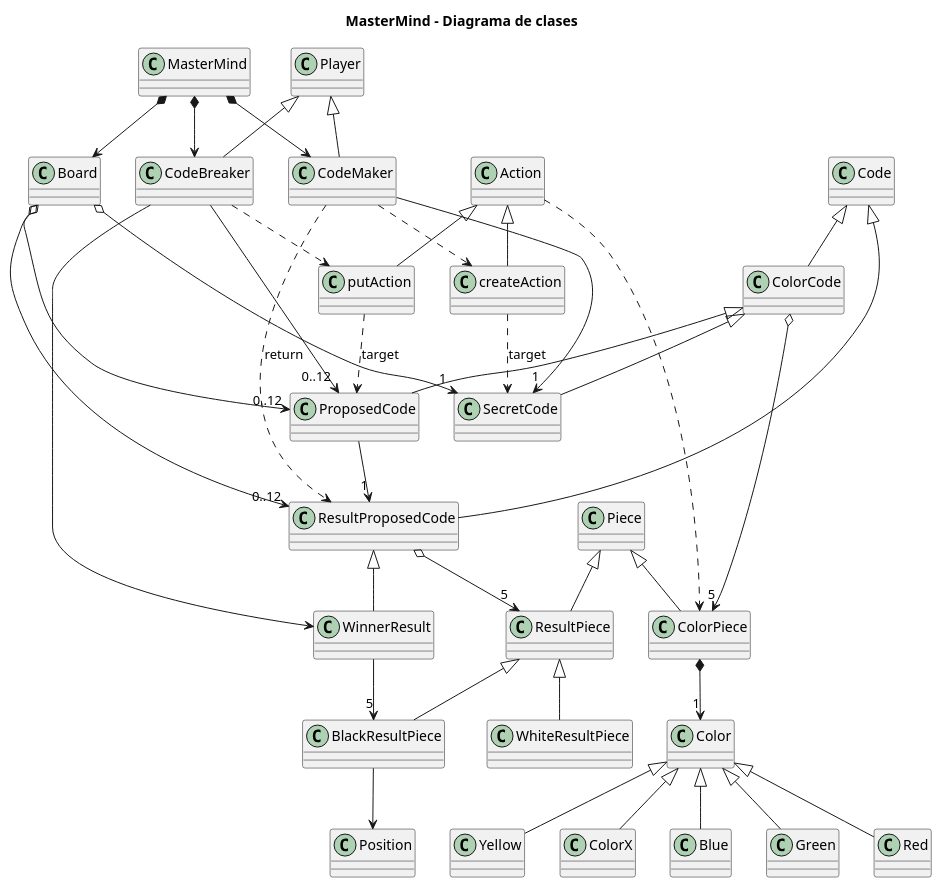
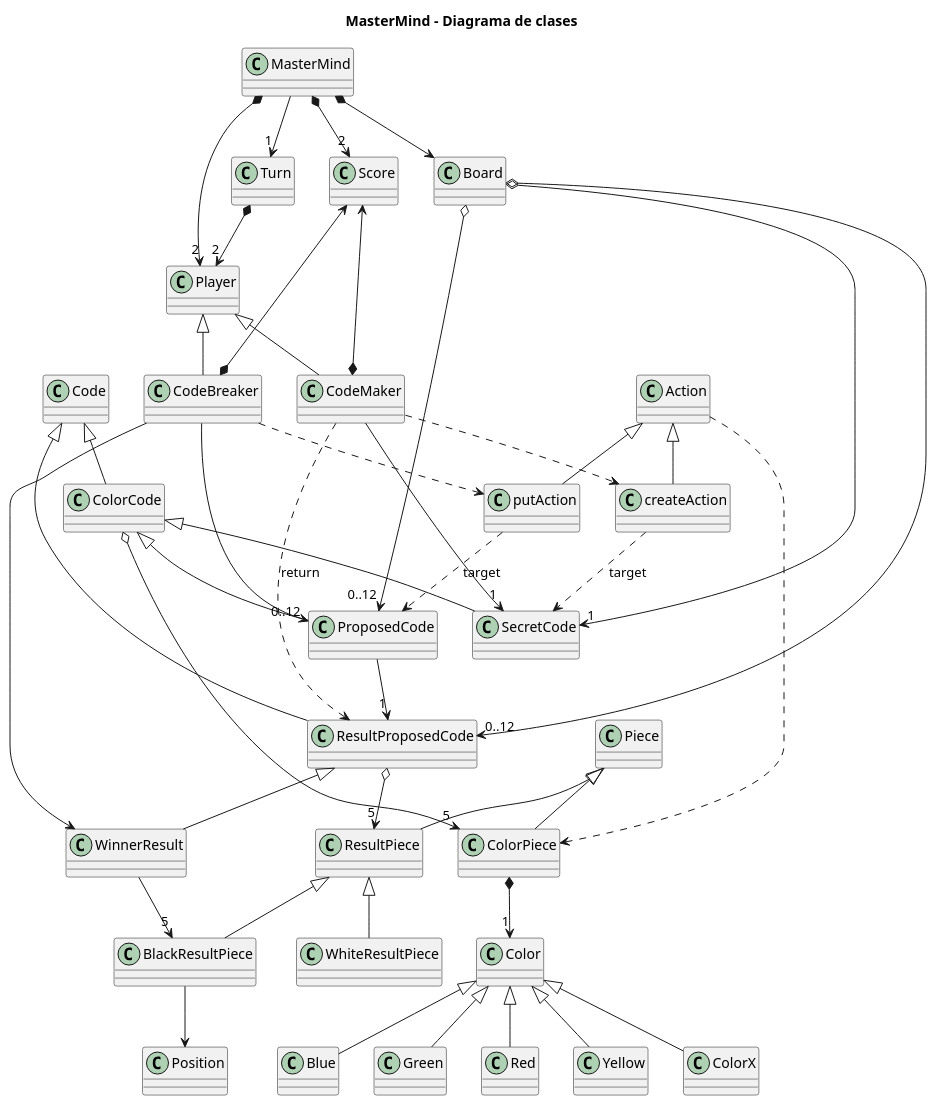
One commit to Master-Desarrollo-20-21/modelo-dominio-mastermind changed the diagram in plantuml/class.puml. Above: the diagram before and after it, drawn with PlantUML. The commit also changed 2 other files, not shown here.

```diff
--- a/plantuml/class.puml
+++ b/plantuml/class.puml
@@ -1,89 +1,100 @@
 @startuml MasterMind
 
 title MasterMind - Diagrama de clases
 
 class MasterMind
 
 together {
     class Board
+    class Turn
+    class Score
+}
+class Player
+
+together {
     class CodeMaker
     class CodeBreaker
+    class Code
 }
-class Player
 class Piece
 together {
     class ColorPiece
     class ResultPiece
 }
 
 together {
     class SecretCode
     class ProposedCode
     class ResultProposedCode
 }
 
 together {
     class putAction
     class createAction
 }
 
 class BlackResultPiece
 class WhiteResultPiece
 class WinnerResult
 class Color
-class Code
+
 class ColorCode
 class Position
 
 MasterMind *--> Board
-MasterMind *--> CodeMaker
-MasterMind *--> CodeBreaker
+MasterMind --> "1" Turn
+MasterMind *--> "2" Player
+MasterMind *--> "2" Score
+Turn *--> "2" Player
+
+Score <--* CodeMaker
+Score <--* CodeBreaker
 
 Code ^-- ColorCode
 Code ^-- ResultProposedCode
 ColorCode ^-- SecretCode
 ColorCode ^-- ProposedCode
 ColorCode o--> "5" ColorPiece
 
 Board o--> "1" SecretCode
 Board o--> "0..12" ProposedCode
 Board o--> "0..12" ResultProposedCode
 
 Player ^-- CodeMaker
 Player ^-- CodeBreaker
 CodeMaker --> "1" SecretCode
 CodeMaker ..> ResultProposedCode :"return"
-CodeBreaker --> "0..12" ProposedCode 
+CodeBreaker --> "0..12" ProposedCode
 ProposedCode --> "1" ResultProposedCode
 
 ResultProposedCode o--> "5" ResultPiece
 ResultProposedCode ^-- WinnerResult
 CodeBreaker --> WinnerResult
 WinnerResult --> "5" BlackResultPiece
 
 Piece ^-- ColorPiece
 Piece ^-- ResultPiece
 
 ColorPiece *--> "1" Color
 Color ^-- Blue
 Color ^-- Green
 Color ^-- Red
 Color ^-- Yellow
 Color ^-- ColorX
 
 ResultPiece ^-- BlackResultPiece
 ResultPiece ^-- WhiteResultPiece
 BlackResultPiece --> Position
 
-CodeBreaker ..> putAction 
+CodeBreaker ..> putAction
 putAction ..> ProposedCode : target
 
 CodeMaker ..> createAction
 createAction ..> SecretCode : target
 
 Action ^-- createAction
 Action ^-- putAction
 Action ..> ColorPiece
 
 
 @enduml
```
